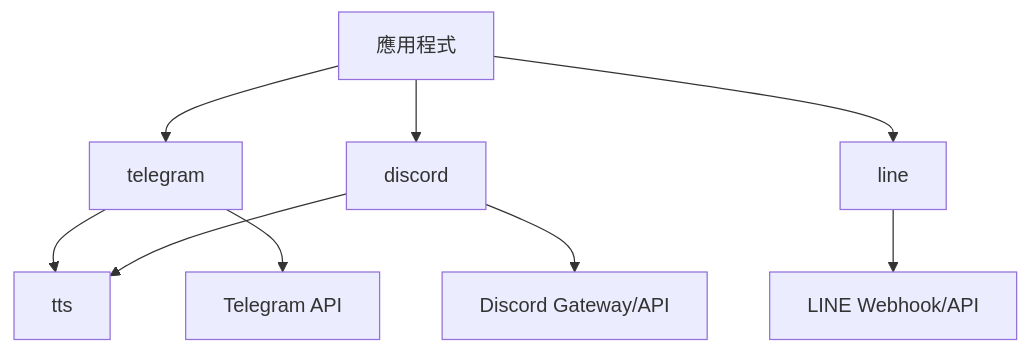
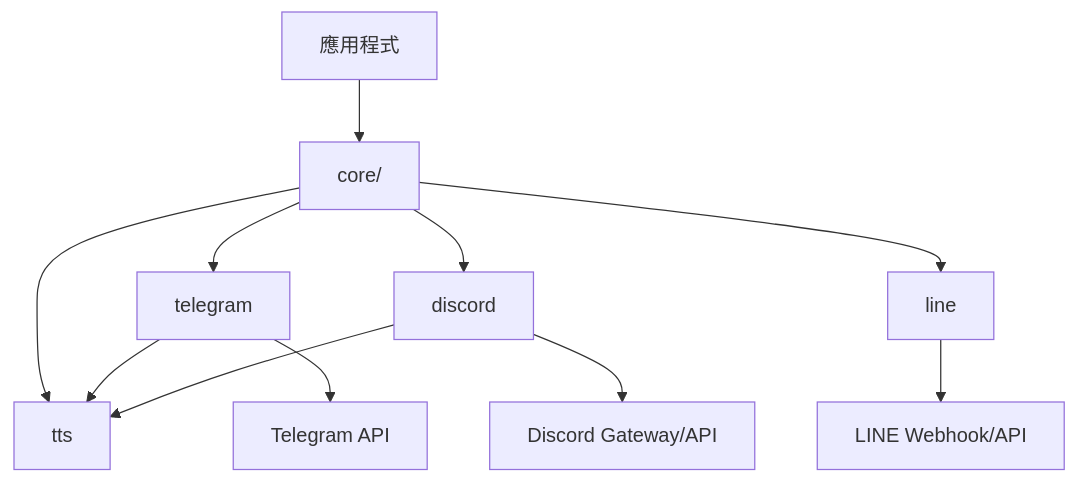
Before and after one commit to pardnchiu/go-bot: the diagram in doc/README.zh.md, drawn with Mermaid. The commit also changed other lines of this file and 32 other files, not shown here.

````diff
--- a/doc/README.zh.md
+++ b/doc/README.zh.md
@@ -38,11 +38,13 @@
 ```mermaid
 graph TB
-    App[應用程式] --> TG[telegram]
-    App --> DC[discord]
-    App --> LN[line]
-    TG --> TTS[tts]
+    App[應用程式] --> Core[core/]
+    Core --> TG[telegram]
+    Core --> DC[discord]
+    Core --> LN[line]
+    Core --> TTS[tts]
+    TG --> TTS
     DC --> TTS
     TG --> TelegramAPI[Telegram API]
     DC --> DiscordAPI[Discord Gateway/API]
     LN --> LineAPI[LINE Webhook/API]
 ```
````
